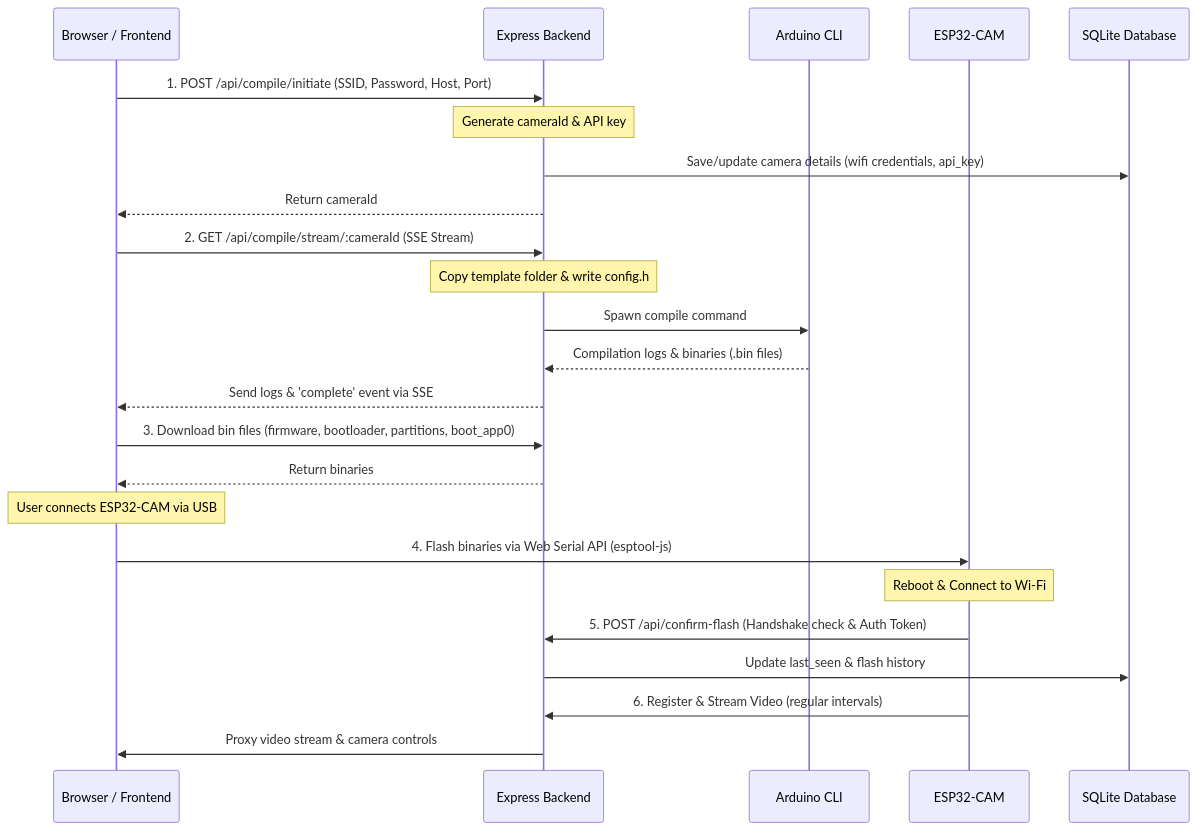
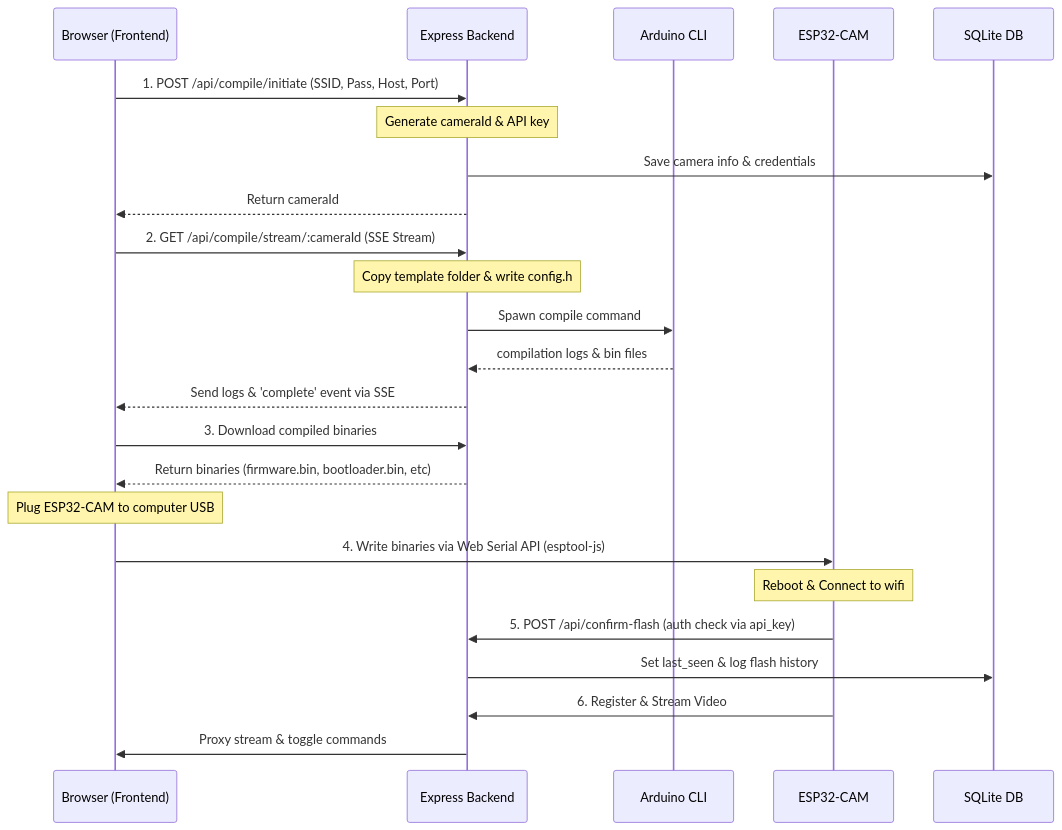
One commit to jauzin23/CAMron changed the diagram in docs/architecture.md. Above: the diagram before and after it, drawn with Mermaid. The commit also changed other lines of this file and 18 other files, not shown here.

````diff
--- a/docs/architecture.md
+++ b/docs/architecture.md
@@ -21,32 +18,32 @@
 ```mermaid
 sequenceDiagram
-    participant User as Browser / Frontend
+    participant User as Browser (Frontend)
     participant Backend as Express Backend
     participant ArduinoCLI as Arduino CLI
     participant ESP32 as ESP32-CAM
-    participant DB as SQLite Database
+    participant DB as SQLite DB
 
-    User->>Backend: 1. POST /api/compile/initiate (SSID, Password, Host, Port)
+    User->>Backend: 1. POST /api/compile/initiate (SSID, Pass, Host, Port)
     Note over Backend: Generate cameraId & API key
-    Backend->>DB: Save/update camera details (wifi credentials, api_key)
+    Backend->>DB: Save camera info & credentials
     Backend-->>User: Return cameraId
 
     User->>Backend: 2. GET /api/compile/stream/:cameraId (SSE Stream)
     Note over Backend: Copy template folder & write config.h
     Backend->>ArduinoCLI: Spawn compile command
-    ArduinoCLI-->>Backend: Compilation logs & binaries (.bin files)
+    ArduinoCLI-->>Backend: compilation logs & bin files
     Backend-->>User: Send logs & 'complete' event via SSE
 
-    User->>Backend: 3. Download bin files (firmware, bootloader, partitions, boot_app0)
-    Backend-->>User: Return binaries
+    User->>Backend: 3. Download compiled binaries
+    Backend-->>User: Return binaries (firmware.bin, bootloader.bin, etc)
 
-    Note over User: User connects ESP32-CAM via USB
-    User->>ESP32: 4. Flash binaries via Web Serial API (esptool-js)
+    Note over User: Plug ESP32-CAM to computer USB
+    User->>ESP32: 4. Write binaries via Web Serial API (esptool-js)
 
-    Note over ESP32: Reboot & Connect to Wi-Fi
-    ESP32->>Backend: 5. POST /api/confirm-flash (Handshake check & Auth Token)
-    Backend->>DB: Update last_seen & flash history
+    Note over ESP32: Reboot & Connect to wifi
+    ESP32->>Backend: 5. POST /api/confirm-flash (auth check via api_key)
+    Backend->>DB: Set last_seen & log flash history
 
-    ESP32->>Backend: 6. Register & Stream Video (regular intervals)
-    Backend->>User: Proxy video stream & camera controls
+    ESP32->>Backend: 6. Register & Stream Video
+    Backend->>User: Proxy stream & toggle commands
 ```
````
